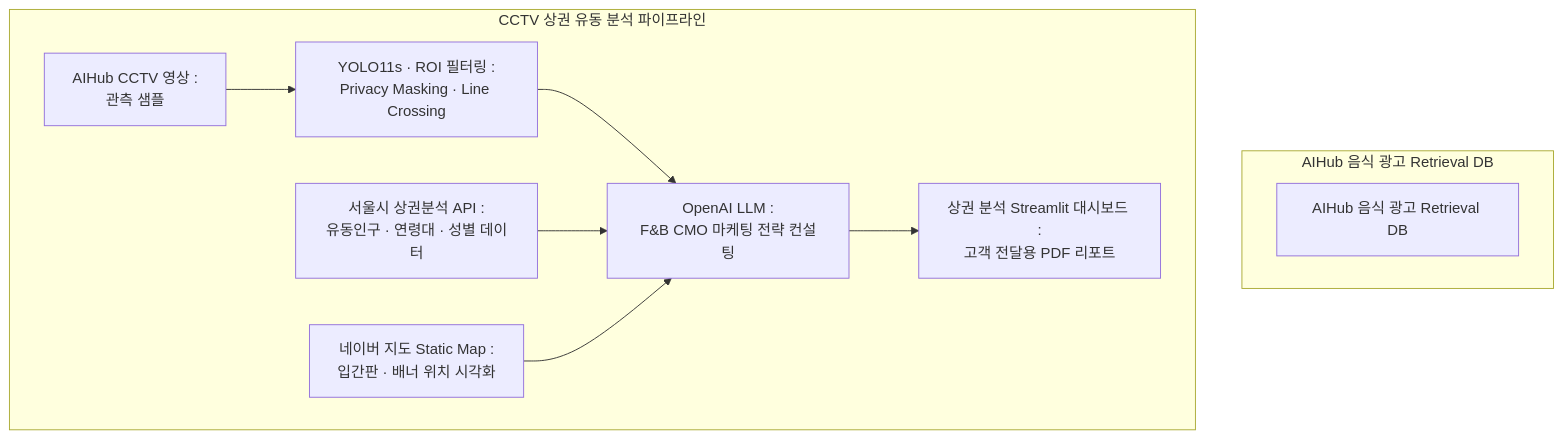
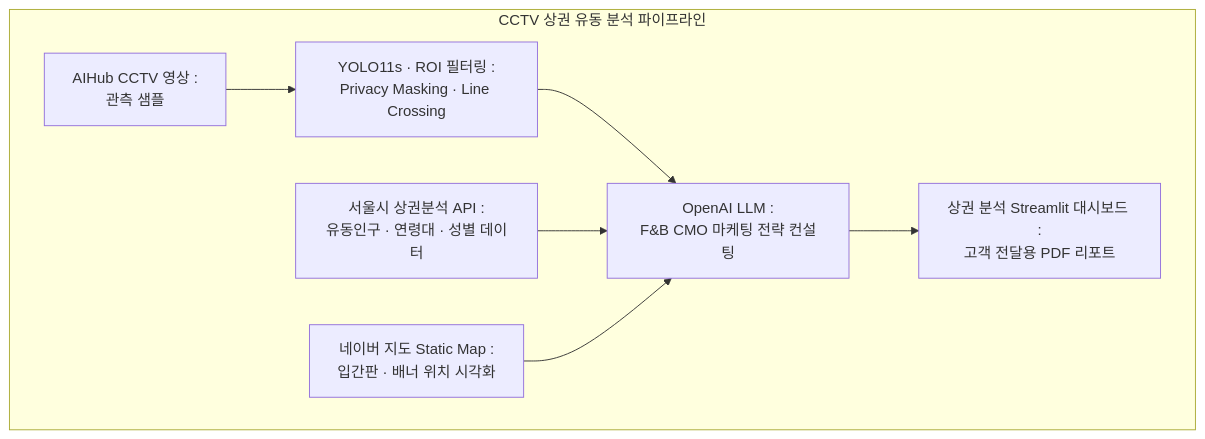
One commit to imella0706/final_1_team changed the second of 3 diagrams in README.md. Above: the diagram before and after it, drawn with Mermaid. The commit also changed other lines of this file, not shown here.

Commit message:
docs(readme): 머메이드 구조 글씨 크게 개선

````diff
--- a/README.md
+++ b/README.md
@@ -101,21 +101,17 @@
 ```mermaid
 flowchart TD
-    subgraph AIHUB["AIHub 음식 광고 Retrieval DB"]
-        RAG["AIHub 음식 광고 Retrieval DB"]
-    end
-
     subgraph CCTV_ANALYTICS["CCTV 상권 유동 분석 파이프라인"]
         CCTV_SRC["AIHub CCTV 영상 :<br/>관측 샘플"]
         CV_ENGINE["YOLO11s · ROI 필터링 :<br/>Privacy Masking · Line Crossing"]
         SEOUL_DATA["서울시 상권분석 API :<br/>유동인구 · 연령대 · 성별 데이터"]
         MAP_OVERLAY["네이버 지도 Static Map :<br/>입간판 · 배너 위치 시각화"]
         LLM_CMO["OpenAI LLM :<br/>F&B CMO 마케팅 전략 컨설팅"]
         CCTV_DASH["상권 분석 Streamlit 대시보드 :<br/>고객 전달용 PDF 리포트"]
 
         CCTV_SRC --> CV_ENGINE
         CV_ENGINE --> LLM_CMO
         SEOUL_DATA --> LLM_CMO
         MAP_OVERLAY --> LLM_CMO
         LLM_CMO --> CCTV_DASH
     end
 ```
````
